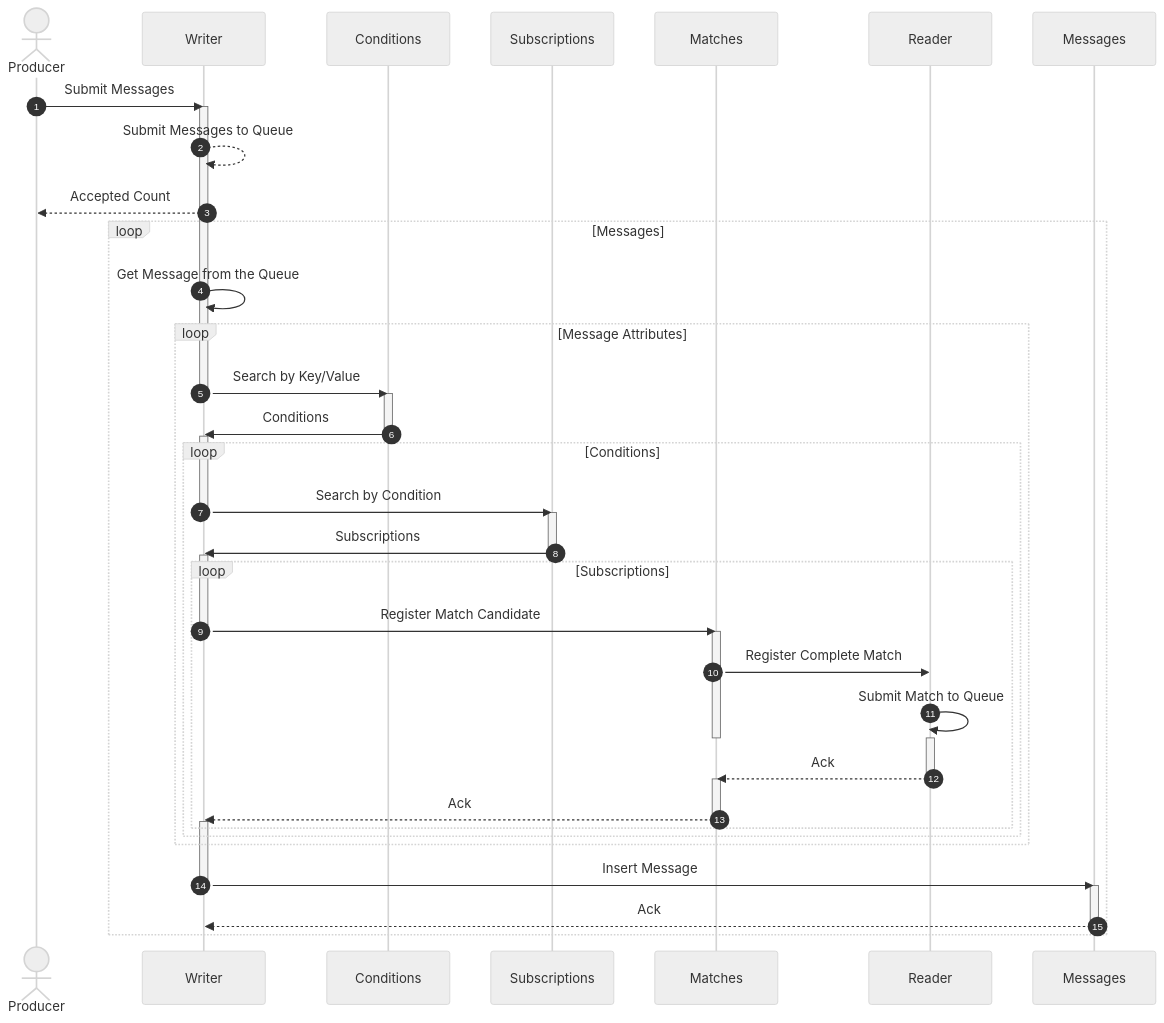
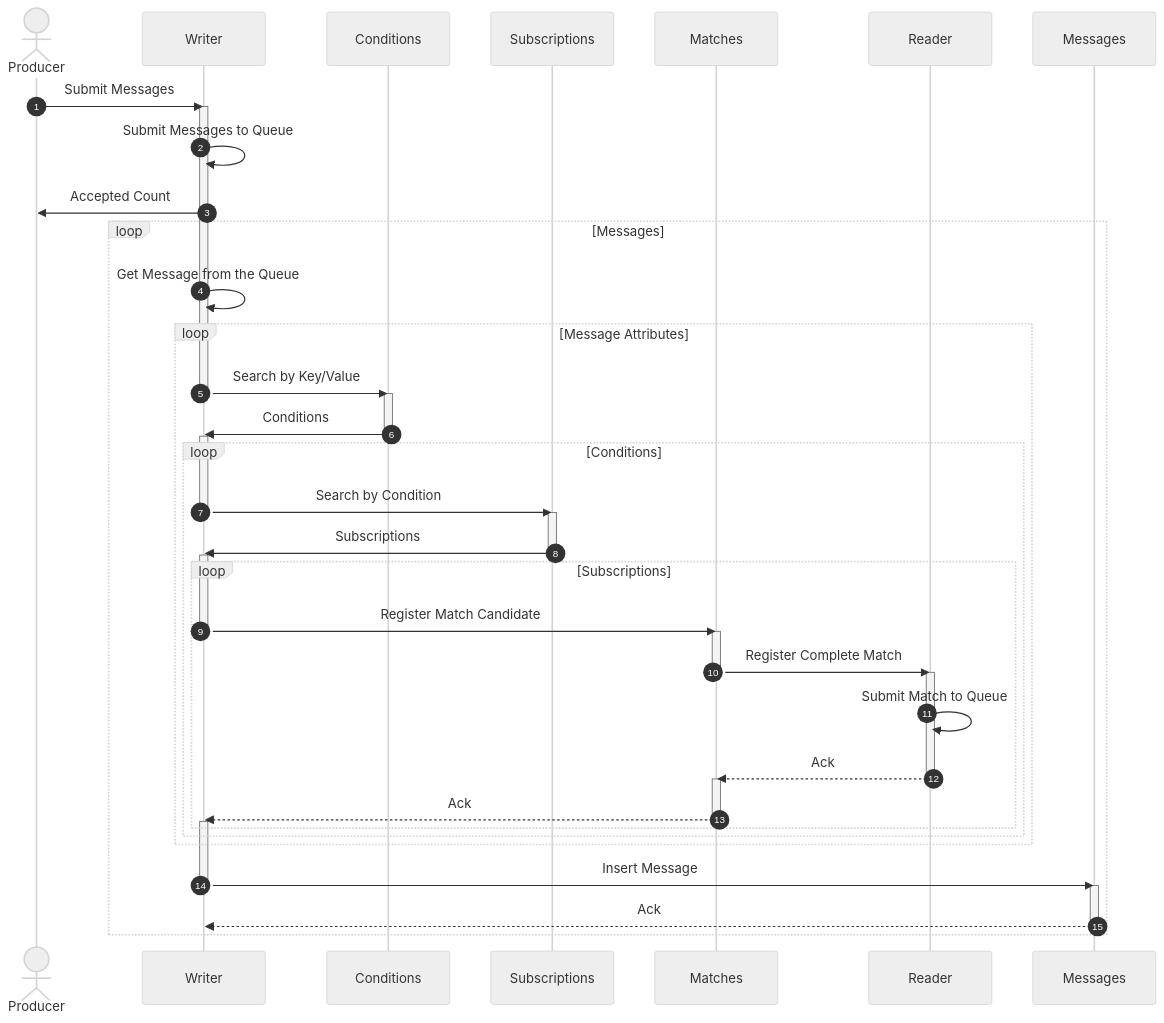
Before and after one commit to awakari/.github: the first of 2 diagrams in profile/README.md, drawn with Mermaid.

Commit message:
readme update

````diff
--- a/profile/README.md
+++ b/profile/README.md
@@ -121,78 +121,78 @@
 ```mermaid
 %%{init: {'theme': 'neutral' } }%%
 sequenceDiagram
 
     autonumber
 
     actor Producer
     participant Writer
     participant Conditions
     participant Subscriptions
     participant Matches
     participant Reader
     participant Messages
 
     Producer->>Writer: Submit Messages
     
     activate Writer
-    Writer-->>Writer: Submit Messages to Queue
-    Writer-->>Producer: Accepted Count
+    Writer->>Writer: Submit Messages to Queue
+    Writer->>Producer: Accepted Count
     
     loop Messages
     
         Writer->>Writer: Get Message from the Queue
         
         loop Message Attributes
         
             Writer->>Conditions: Search by Key/Value
             deactivate Writer
             
             activate Conditions
             Conditions->>Writer: Conditions
             deactivate Conditions
             
             activate Writer
             loop Conditions
                 
                 Writer->>Subscriptions: Search by Condition
                 deactivate Writer
                 
                 activate Subscriptions
                 Subscriptions->>Writer: Subscriptions
                 deactivate Subscriptions
                 
                 activate Writer
                 loop Subscriptions
                     
                     Writer->>Matches: Register Match Candidate
                     deactivate Writer
                     
                     activate Matches
                     Matches->>Reader: Register Complete Match
-                    Reader->>Reader: Submit Match to Queue
                     deactivate Matches
                     
                     activate Reader
+                    Reader->>Reader: Submit Match to Queue
                     Reader-->>Matches: Ack
                     deactivate Reader
                     
                     activate Matches
                     Matches-->>Writer: Ack
                     deactivate Matches
                     
                     activate Writer
                     
                 end
             end
         end
         
         Writer->>Messages: Insert Message
         deactivate Writer
         
         activate Messages
         Messages-->>Writer: Ack
         deactivate Messages
         
         activate Writer
     end
 ```
````
